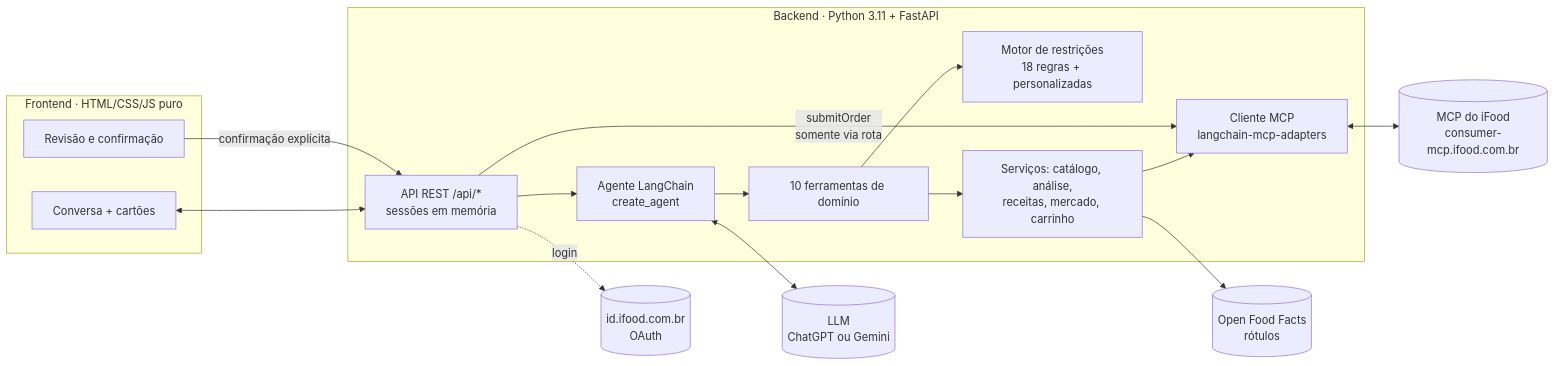
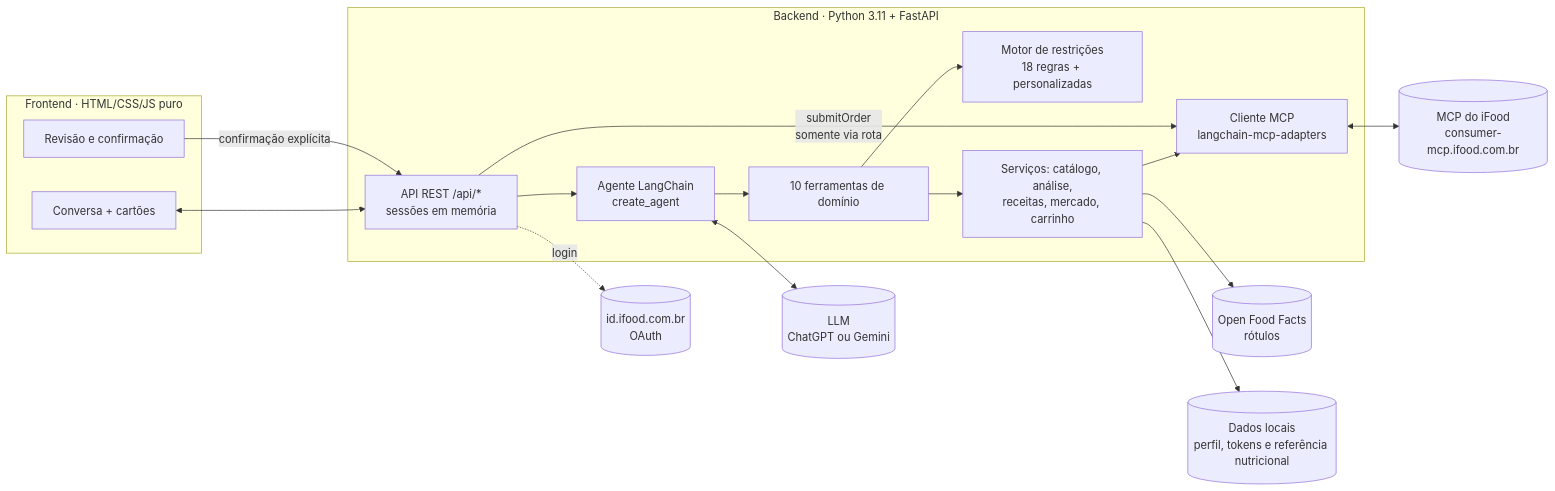
Before and after one commit to ginoventa/hackathon-ifood: the second of 3 diagrams in README.md, drawn with Mermaid. The commit also changed other lines of this file, not shown here.

````diff
--- a/README.md
+++ b/README.md
@@ -184,34 +204,36 @@
 ```mermaid
 flowchart LR
     subgraph Front["Frontend · HTML/CSS/JS puro"]
         UI[Conversa + cartões]
         CO[Revisão e confirmação]
     end
 
     subgraph Back["Backend · Python 3.11 + FastAPI"]
         API[API REST /api/*<br/>sessões em memória]
         AG[Agente LangChain<br/>create_agent]
         TL[10 ferramentas de domínio]
         RU[Motor de restrições<br/>18 regras + personalizadas]
         SV[Serviços: catálogo, análise,<br/>receitas, mercado, carrinho]
         CL[Cliente MCP<br/>langchain-mcp-adapters]
     end
 
     LLM[(LLM<br/>ChatGPT ou Gemini)]
     MCP[(MCP do iFood<br/>consumer-mcp.ifood.com.br)]
     ID[(id.ifood.com.br<br/>OAuth)]
     OFF[(Open Food Facts<br/>rótulos)]
+    DATA[(Dados locais<br/>perfil, tokens e referência nutricional)]
 
     UI <--> API
     CO -- confirmação explícita --> API
     API --> AG
     AG <--> LLM
     AG --> TL
     TL --> RU
     TL --> SV
     SV --> CL
     SV --> OFF
+    SV --> DATA
     CL <--> MCP
     API -. login .-> ID
     API -- "submitOrder<br/>somente via rota" --> CL
 ```
````
